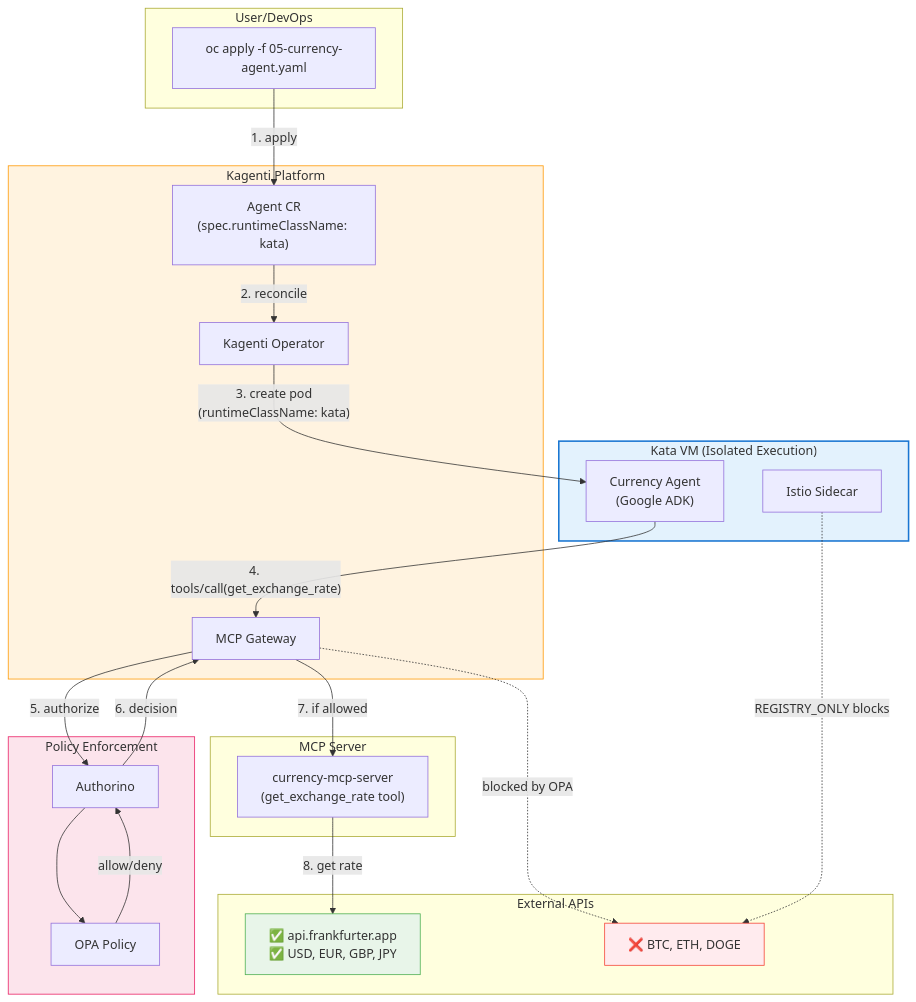
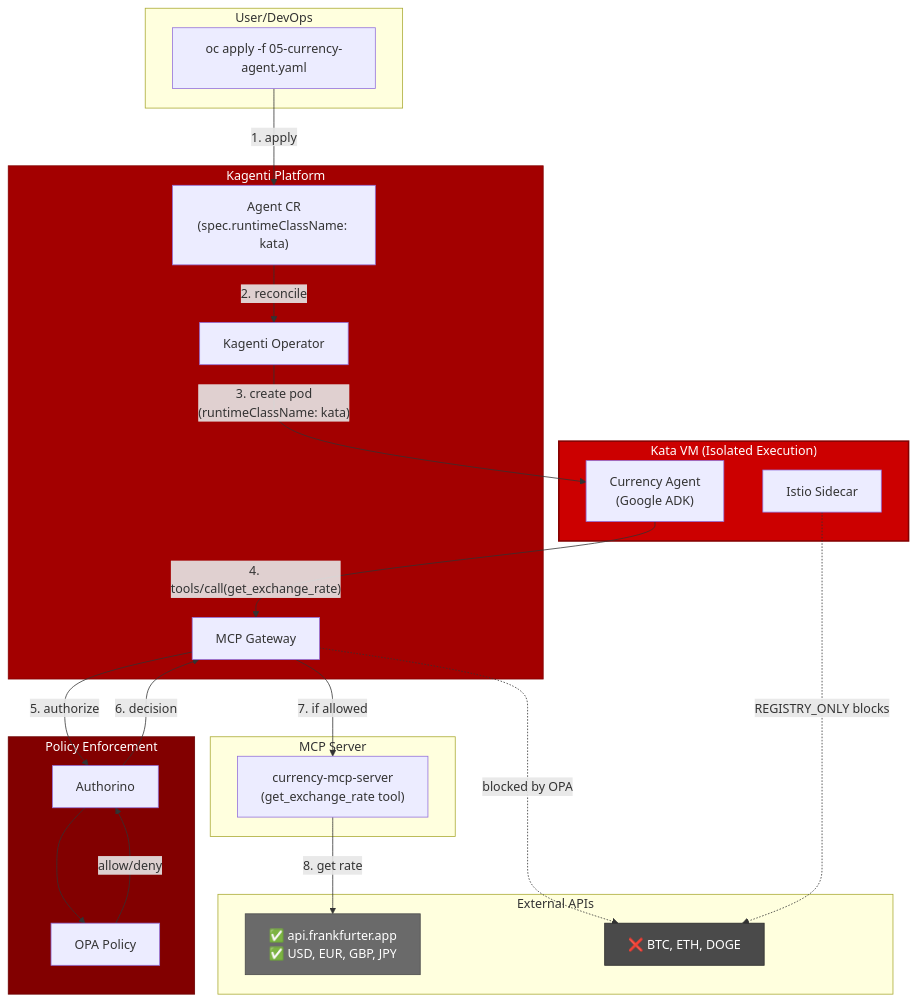
The first of 3 diagrams in docs/architecture.md (rrbanda/agent-sandbox-ocp), drawn with Mermaid before and after one commit. The commit also changed other lines of this file and 6 other files, not shown here.

First line of the commit message:
Update diagrams: correct layer ordering and Red Hat branding

````diff
--- a/docs/architecture.md
+++ b/docs/architecture.md
@@ -7,55 +7,55 @@
 ```mermaid
 flowchart TB
     subgraph User["User/DevOps"]
         Apply["oc apply -f 05-currency-agent.yaml"]
     end
 
     subgraph Kagenti["Kagenti Platform"]
         AgentCRD["Agent CR<br/>(spec.runtimeClassName: kata)"]
         Operator["Kagenti Operator"]
         MCPGateway["MCP Gateway"]
     end
 
     subgraph KataVM["Kata VM (Isolated Execution)"]
         AgentPod["Currency Agent<br/>(Google ADK)"]
         IstioSidecar["Istio Sidecar"]
     end
 
     subgraph MCPServer["MCP Server"]
         CurrencyMCP["currency-mcp-server<br/>(get_exchange_rate tool)"]
     end
 
     subgraph Policy["Policy Enforcement"]
         Authorino["Authorino"]
         OPA["OPA Policy"]
     end
 
     subgraph External["External APIs"]
         Approved["✅ api.frankfurter.app<br/>✅ USD, EUR, GBP, JPY"]
         Blocked["❌ BTC, ETH, DOGE"]
     end
 
     %% Deployment flow
     Apply -->|"1. apply"| AgentCRD
     AgentCRD -->|"2. reconcile"| Operator
     Operator -->|"3. create pod<br/>(runtimeClassName: kata)"| AgentPod
 
     %% Tool call flow
     AgentPod -->|"4. tools/call(get_exchange_rate)"| MCPGateway
     MCPGateway -->|"5. authorize"| Authorino
     Authorino --> OPA
     OPA -->|"allow/deny"| Authorino
     Authorino -->|"6. decision"| MCPGateway
     MCPGateway -->|"7. if allowed"| CurrencyMCP
     CurrencyMCP -->|"8. get rate"| Approved
 
     %% Blocked paths
     MCPGateway -.->|"blocked by OPA"| Blocked
     IstioSidecar -.->|"REGISTRY_ONLY blocks"| Blocked
 
-    style KataVM fill:#e3f2fd,stroke:#1976d2,stroke-width:2px
-    style Kagenti fill:#fff3e0,stroke:#ff9800
-    style Policy fill:#fce4ec,stroke:#e91e63
-    style Blocked fill:#ffebee,stroke:#f44336
-    style Approved fill:#e8f5e9,stroke:#4caf50
+    style KataVM fill:#CC0000,color:#FFFFFF,stroke:#820000,stroke-width:2px
+    style Kagenti fill:#A30000,color:#FFFFFF,stroke:#820000
+    style Policy fill:#820000,color:#FFFFFF,stroke:#6A0000
+    style Blocked fill:#4A4A4A,color:#FFFFFF,stroke:#2A2A2A
+    style Approved fill:#6A6A6A,color:#FFFFFF,stroke:#4A4A4A
 ```
````
